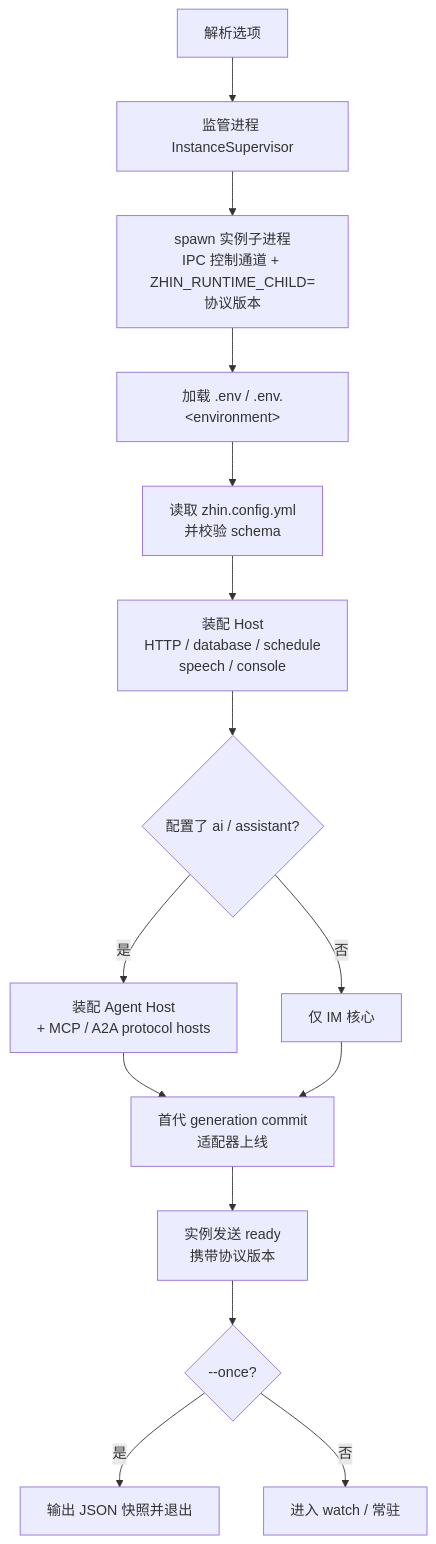
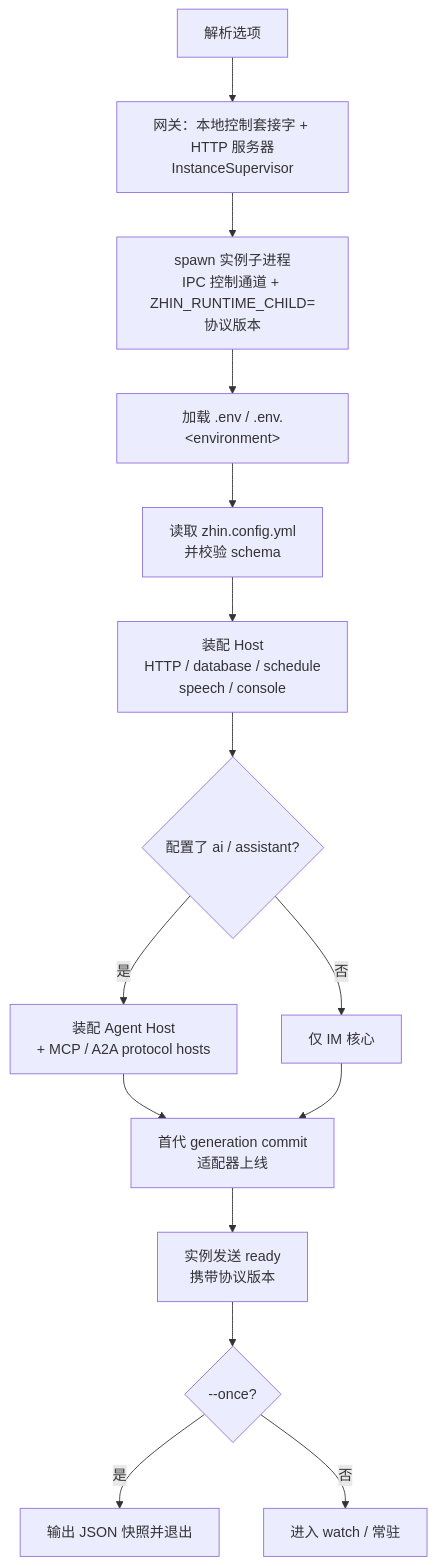
Before and after one commit to zhinjs/zhin: the diagram in docs/cli/runtime.md, drawn with Mermaid. The commit also changed other lines of this file and 63 other files, not shown here.

````diff
--- a/docs/cli/runtime.md
+++ b/docs/cli/runtime.md
@@ -64,17 +94,17 @@
 ```mermaid
 flowchart TD
-    A[解析选项] --> B[监管进程 InstanceSupervisor]
+    A[解析选项] --> B[网关：本地控制套接字 + HTTP 服务器<br/>InstanceSupervisor]
     B --> C[spawn 实例子进程<br/>IPC 控制通道 + ZHIN_RUNTIME_CHILD=协议版本]
     C --> D[加载 .env / .env.&lt;environment&gt;]
     D --> E[读取 zhin.config.yml<br/>并校验 schema]
     E --> F[装配 Host<br/>HTTP / database / schedule<br/>speech / console]
     F --> G{配置了 ai / assistant?}
     G -- 是 --> H[装配 Agent Host<br/>+ MCP / A2A protocol hosts]
     G -- 否 --> I[仅 IM 核心]
     H --> J[首代 generation commit<br/>适配器上线]
     I --> J
     J --> R[实例发送 ready<br/>携带协议版本]
     R --> K{--once?}
     K -- 是 --> L[输出 JSON 快照并退出]
     K -- 否 --> M[进入 watch / 常驻]
 ```
````
